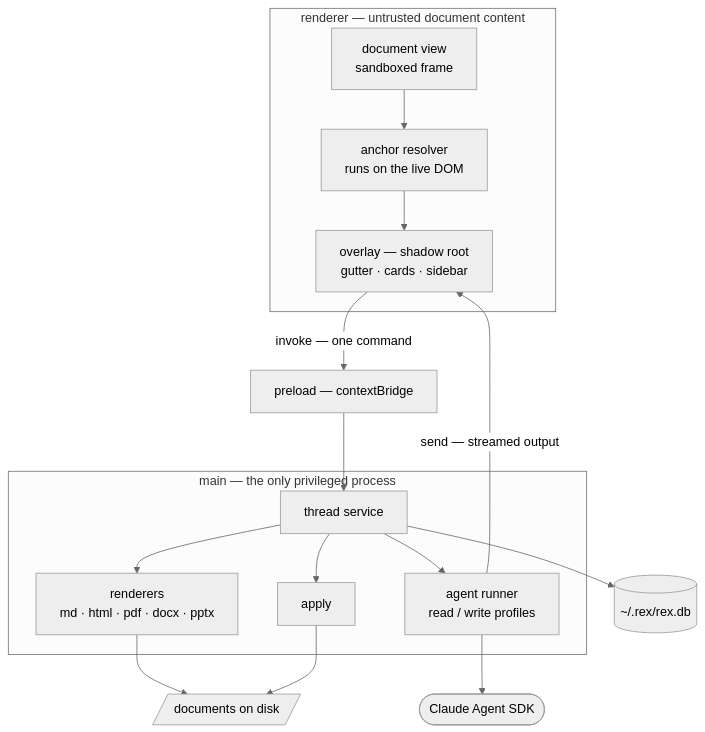
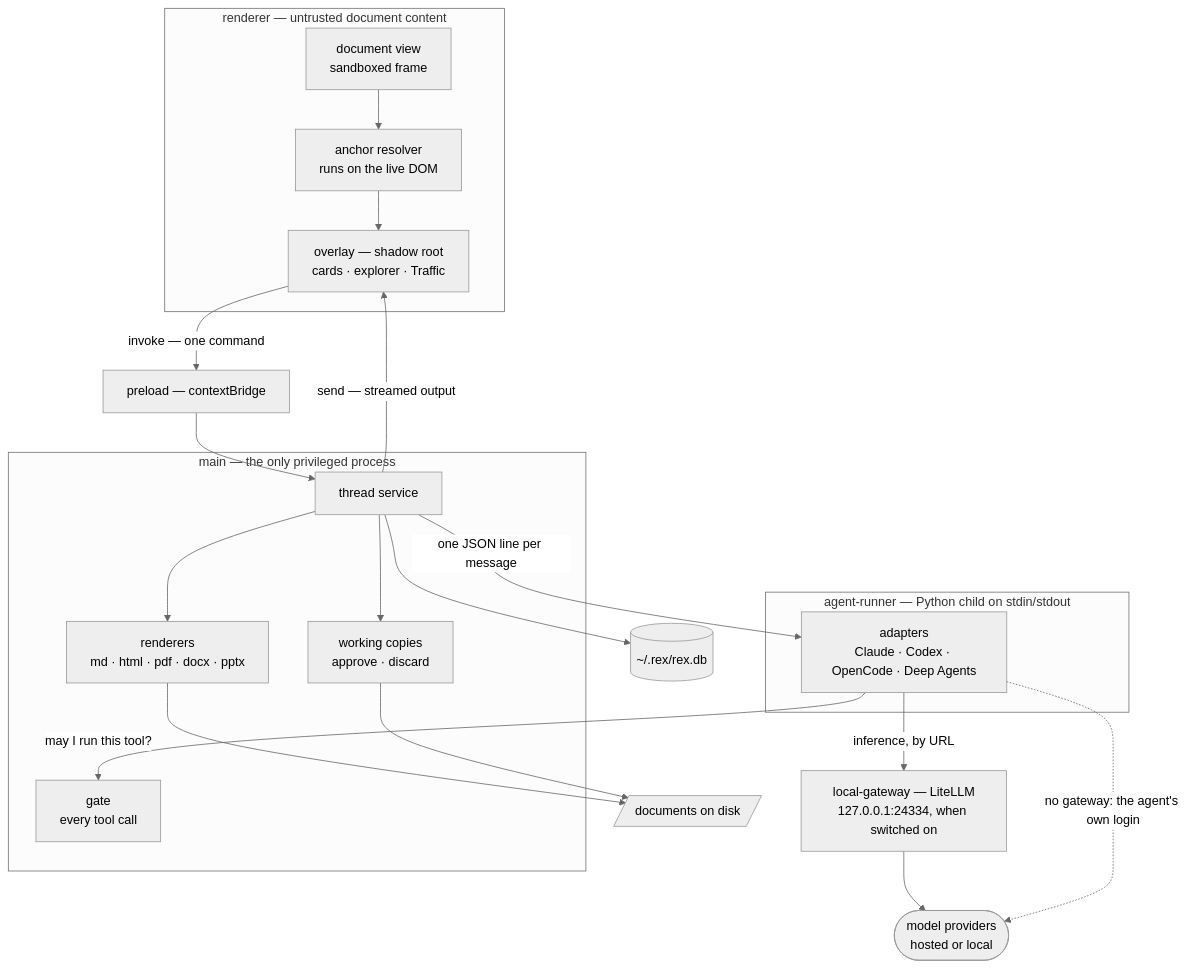
The first of 2 diagrams in README.md (lukaskellerstein/rex), drawn with Mermaid (neutral theme) before and after one commit. The commit also changed other lines of this file and 17 other files, not shown here.

````diff
--- a/README.md
+++ b/README.md
@@ -210,33 +393,38 @@
 ```mermaid
 graph TD
     subgraph R["renderer — untrusted document content"]
         DV["document view<br/>sandboxed frame"]
         AR["anchor resolver<br/>runs on the live DOM"]
-        OV["overlay — shadow root<br/>gutter · cards · sidebar"]
+        OV["overlay — shadow root<br/>cards · explorer · Traffic"]
     end
 
     CB["preload — contextBridge"]
 
     subgraph M["main — the only privileged process"]
         TS["thread service"]
         RN["renderers<br/>md · html · pdf · docx · pptx"]
-        AG["agent runner<br/>read / write profiles"]
-        AP["apply"]
+        GT["gate<br/>every tool call"]
+        WC["working copies<br/>approve · discard"]
     end
 
+    subgraph P["agent-runner — Python child on stdin/stdout"]
+        AD["adapters<br/>Claude · Codex · OpenCode · Deep Agents"]
+    end
+
+    LG["local-gateway — LiteLLM<br/>127.0.0.1:24334, when switched on"]
     DB[("~/.rex/rex.db")]
-    SDK(["Claude Agent SDK"])
     FS[/"documents on disk"/]
+    MP(["model providers<br/>hosted or local"])
 
     DV --> AR --> OV
     OV -->|"invoke — one command"| CB
     CB --> TS
-    TS --> RN
-    TS --> AG
-    TS --> AP
+    TS --> RN --> FS
     TS --> DB
-    RN --> FS
-    AG --> SDK
-    AP --> FS
-    AG -->|"send — streamed output"| OV
+    TS -->|"one JSON line per message"| AD
+    AD -->|"may I run this tool?"| GT
+    TS --> WC --> FS
+    AD -->|"inference, by URL"| LG --> MP
+    AD -.->|"no gateway: the agent's own login"| MP
+    TS -->|"send — streamed output"| OV
 ```
````
